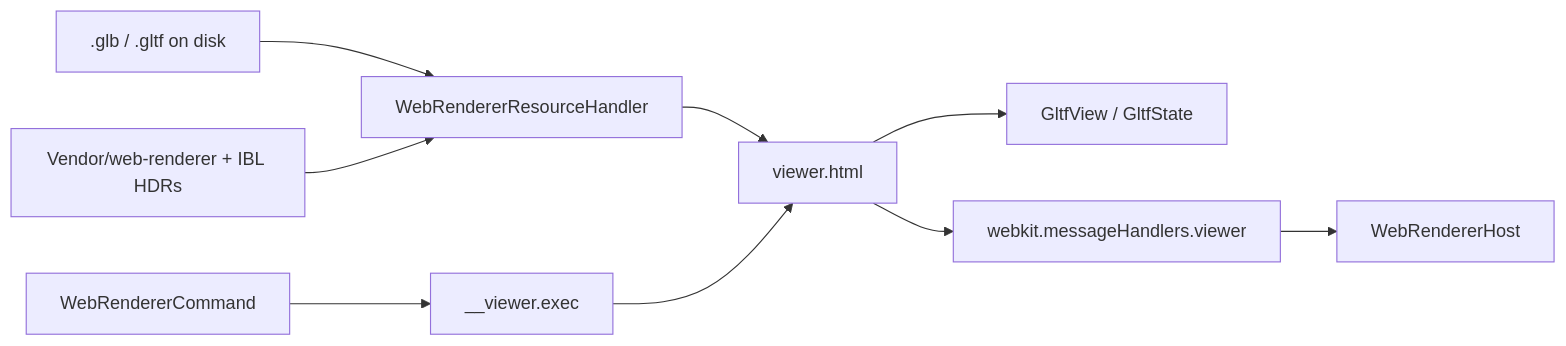
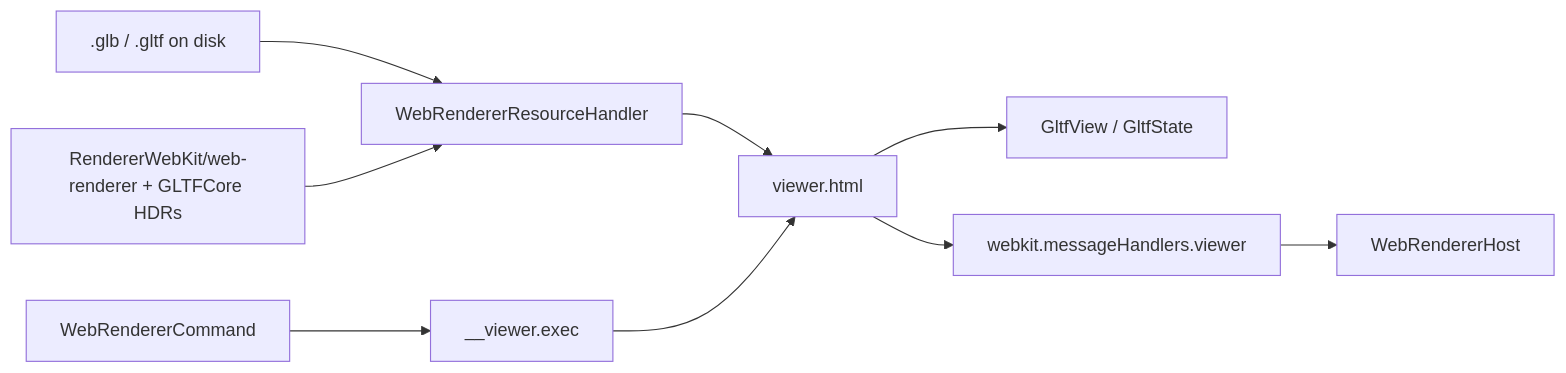
One commit to Hemmingsson/macos-gltf-inspector changed the diagram in docs/pipeline-web-renderer.md. Above: the diagram before and after it, drawn with Mermaid. The commit also changed other lines of this file and 9 other files, not shown here.

Commit message:
Document the RendererWebKit layout and drop Shared/ references

````diff
--- a/docs/pipeline-web-renderer.md
+++ b/docs/pipeline-web-renderer.md
@@ -38,11 +41,11 @@
 ```mermaid
 flowchart LR
   disk[".glb / .gltf on disk"] --> handler["WebRendererResourceHandler"]
-  bundle["Vendor/web-renderer + IBL HDRs"] --> handler
+  bundle["RendererWebKit/web-renderer + GLTFCore HDRs"] --> handler
   handler --> page["viewer.html"]
   page --> khronos["GltfView / GltfState"]
   swift["WebRendererCommand"] --> exec["__viewer.exec"]
   exec --> page
   page --> msg["webkit.messageHandlers.viewer"]
   msg --> host["WebRendererHost"]
 ```
````
